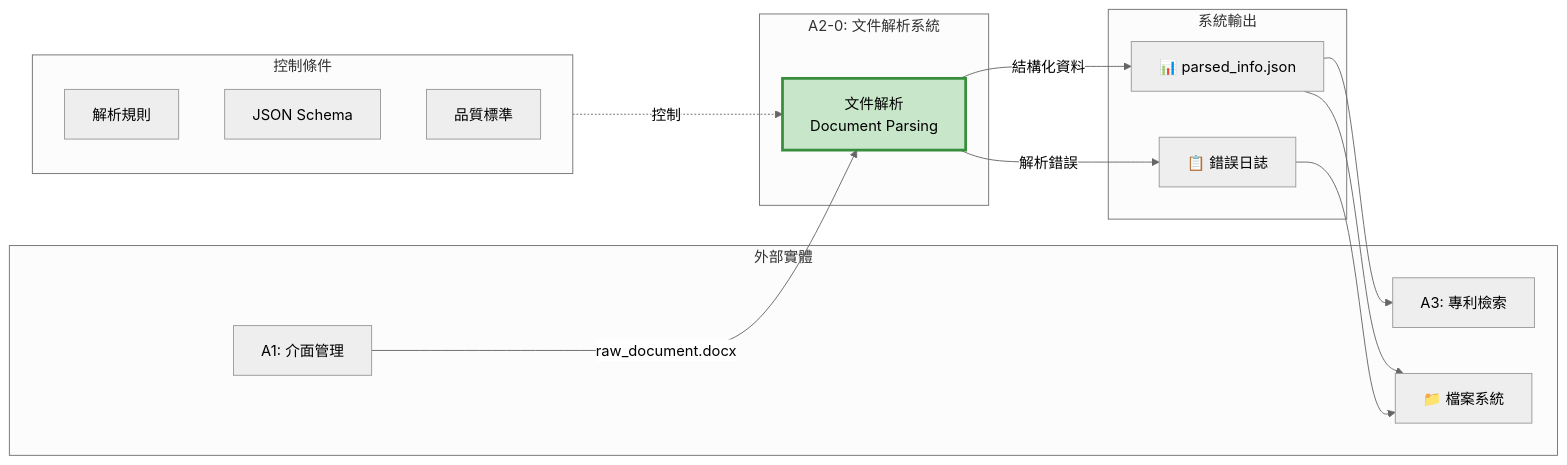
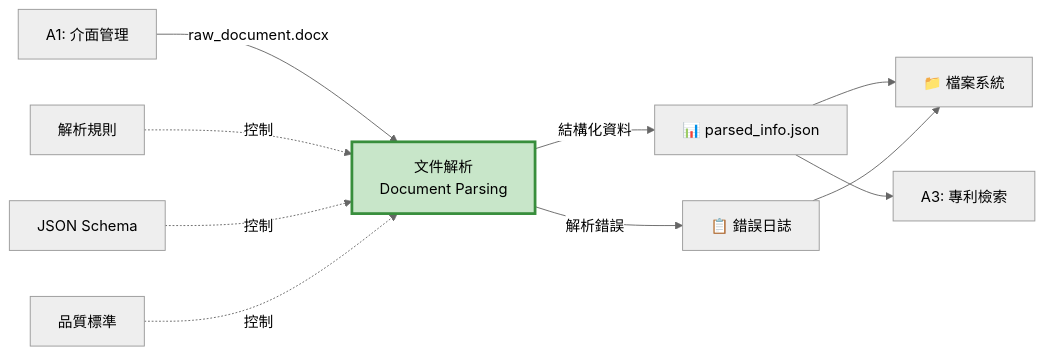
The first of 4 diagrams in docs/A2_Document_Parsing_IDEF0.md (Raw1mage/PatentDrafter), drawn with Mermaid (neutral theme) before and after one commit. The commit also changed other lines of this file and 13 other files, not shown here.

First line of the commit message:
修復所有 Mermaid 圖表語法問題

````diff
--- a/docs/A2_Document_Parsing_IDEF0.md
+++ b/docs/A2_Document_Parsing_IDEF0.md
@@ -49,35 +49,26 @@
 ```mermaid
-graph LR
-    subgraph External["外部實體"]
-        A1["A1: 介面管理"]
-        A3["A3: 專利檢索"]
-        FS["📁 檔案系統"]
-    end
-
-    subgraph A2_System["A2-0: 文件解析系統"]
-        A2["文件解析<br/>Document Parsing"]
-    end
-
-    subgraph Controls["控制條件"]
-        ParseRules["解析規則"]
-        Schema["JSON Schema"]
-        QualityRules["品質標準"]
-    end
-
-    subgraph Outputs["系統輸出"]
-        ParsedJSON["📊 parsed_info.json"]
-        ErrorLog["📋 錯誤日誌"]
-    end
+flowchart LR
+    A1["A1: 介面管理"]
+    A3["A3: 專利檢索"]
+    FS["📁 檔案系統"]
+    A2["文件解析<br/>Document Parsing"]
+    ParseRules["解析規則"]
+    Schema["JSON Schema"]
+    QualityRules["品質標準"]
+    ParsedJSON["📊 parsed_info.json"]
+    ErrorLog["📋 錯誤日誌"]
 
     A1 -->|raw_document.docx| A2
-    Controls -.控制.-> A2
+    ParseRules -.控制.-> A2
+    Schema -.控制.-> A2
+    QualityRules -.控制.-> A2
 
     A2 -->|結構化資料| ParsedJSON
     A2 -->|解析錯誤| ErrorLog
 
     ParsedJSON --> FS
     ParsedJSON --> A3
     ErrorLog --> FS
 
     style A2 fill:#C8E6C9,stroke:#388E3C,stroke-width:3px
 ```
````
